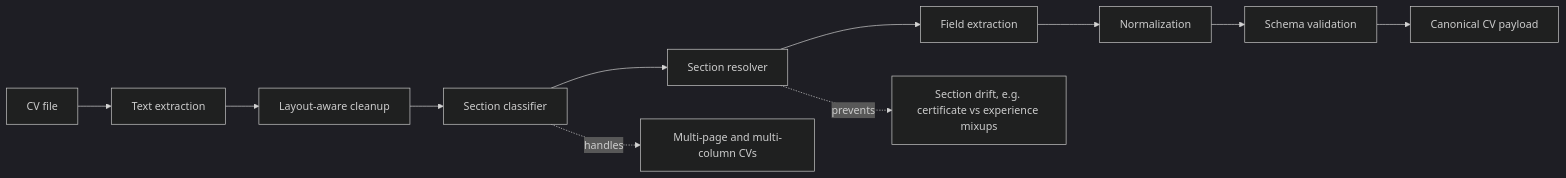
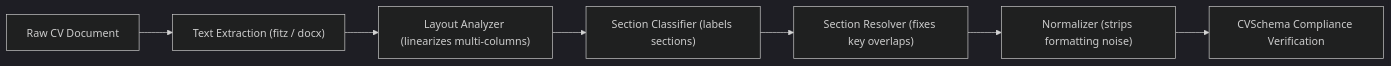
Before and after one commit to SercanOzkan55/CV-Analyzer: the second of 5 diagrams in README.md, drawn with Mermaid (dark theme). The commit also changed other lines of this file and 14 other files, not shown here.

````diff
--- a/README.md
+++ b/README.md
@@ -112,14 +81,9 @@
 ```mermaid
 flowchart LR
-  file["CV file"] --> extract["Text extraction"]
-  extract --> layout["Layout-aware cleanup"]
-  layout --> sections["Section classifier"]
-  sections --> resolver["Section resolver"]
-  resolver --> fields["Field extraction"]
-  fields --> normalize["Normalization"]
-  normalize --> validate["Schema validation"]
-  validate --> result["Canonical CV payload"]
-
-  sections -. handles .-> multi["Multi-page and multi-column CVs"]
-  resolver -. prevents .-> drift["Section drift, e.g. certificate vs experience mixups"]
+  file["Raw CV Document"] --> ext["Text Extraction (fitz / docx)"]
+  ext --> layout["Layout Analyzer (linearizes multi-columns)"]
+  layout --> classify["Section Classifier (labels sections)"]
+  classify --> resolver["Section Resolver (fixes key overlaps)"]
+  resolver --> normalize["Normalizer (strips formatting noise)"]
+  normalize --> validate["CVSchema Compliance Verification"]
 ```
````
